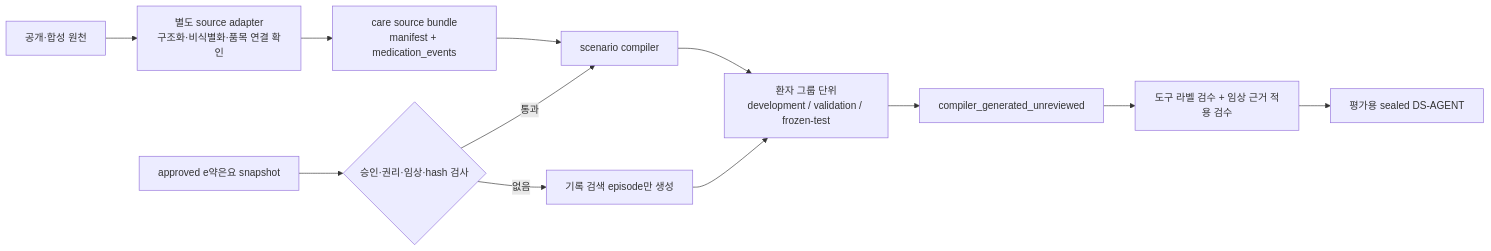
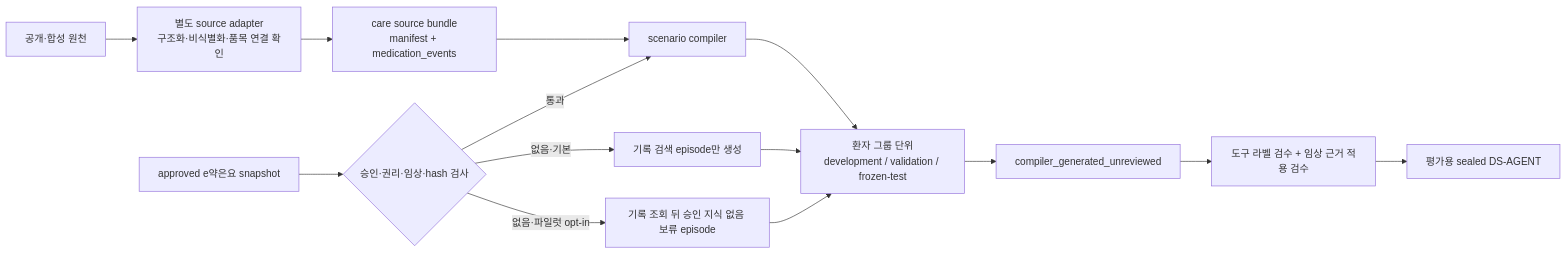
The diagram in docs/evaluation_scenario_compiler.md (Chun-Jihun/care_app), drawn with Mermaid before and after one commit. The commit also changed other lines of this file and 13 other files, not shown here.

````diff
--- a/docs/evaluation_scenario_compiler.md
+++ b/docs/evaluation_scenario_compiler.md
@@ -38,14 +38,16 @@
 ```mermaid
 flowchart LR
     RAW[공개·합성 원천] --> NORM[별도 source adapter<br/>구조화·비식별화·품목 연결 확인]
     NORM --> SRC[care source bundle<br/>manifest + medication_events]
     KB[approved e약은요 snapshot] --> CHECK{승인·권리·임상·hash 검사}
     SRC --> COMP[scenario compiler]
     CHECK -- 통과 --> COMP
-    CHECK -- 없음 --> RECORD[기록 검색 episode만 생성]
+    CHECK -- 없음·기본 --> RECORD[기록 검색 episode만 생성]
+    CHECK -- 없음·파일럿 opt-in --> ABSTAIN[기록 조회 뒤 승인 지식 없음 보류 episode]
     COMP --> SPLIT[환자 그룹 단위<br/>development / validation / frozen-test]
     RECORD --> SPLIT
+    ABSTAIN --> SPLIT
     SPLIT --> CAND[compiler_generated_unreviewed]
     CAND --> REVIEW[도구 라벨 검수 + 임상 근거 적용 검수]
     REVIEW --> SEALED[평가용 sealed DS-AGENT]
 ```
````
